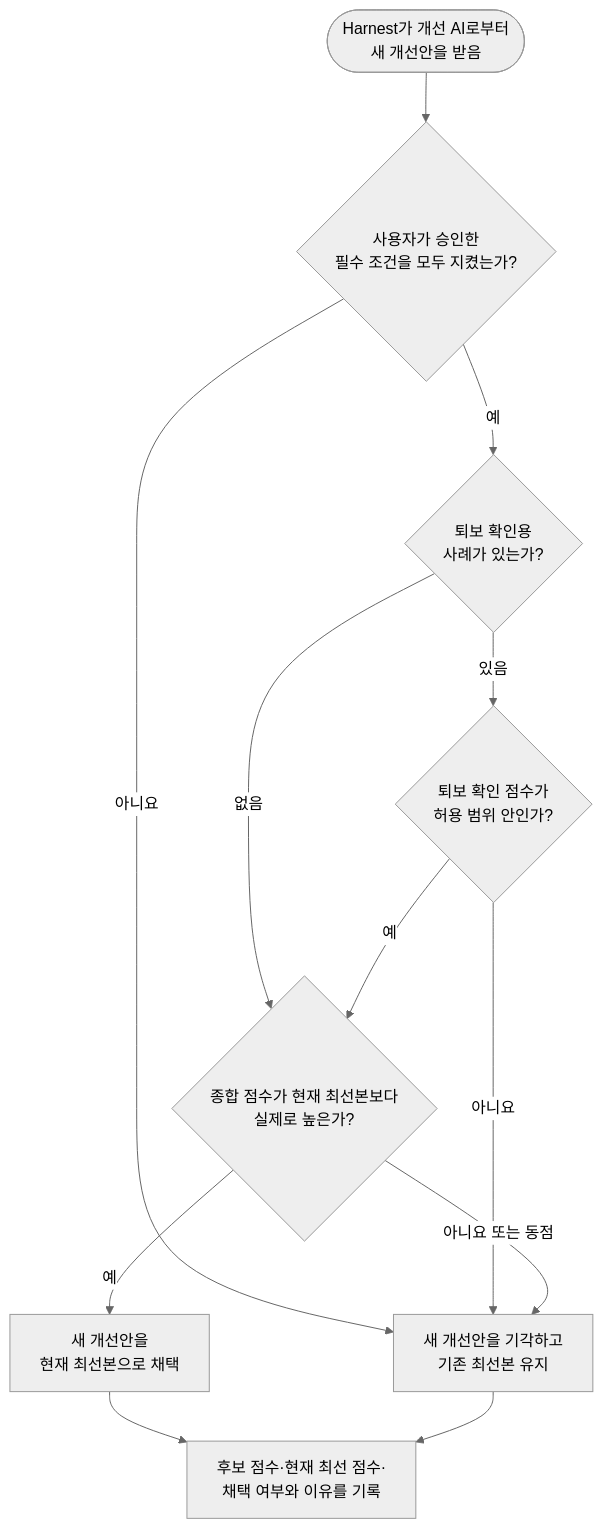
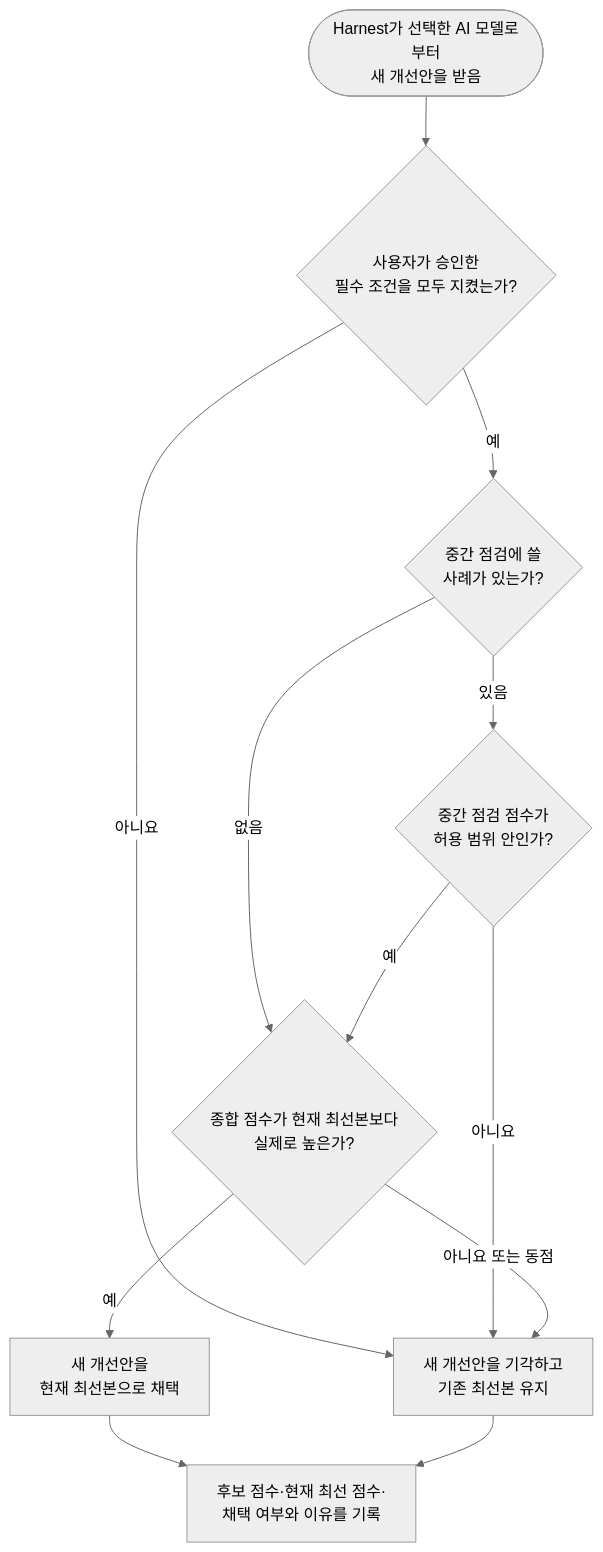
Before and after one commit to NiceTry3675/OSS_Harnest: the second of 2 diagrams in docs/user-scenario.md, drawn with Mermaid (neutral theme). The commit also changed other lines of this file and 28 other files, not shown here.

````diff
--- a/docs/user-scenario.md
+++ b/docs/user-scenario.md
@@ -205,23 +203,23 @@
 ```mermaid
 flowchart TD
-    A(["Harnest가 개선 AI로부터<br/>새 개선안을 받음"])
+    A(["Harnest가 선택한 AI 모델로부터<br/>새 개선안을 받음"])
     B{"사용자가 승인한<br/>필수 조건을 모두 지켰는가?"}
-    C{"퇴보 확인용<br/>사례가 있는가?"}
-    D{"퇴보 확인 점수가<br/>허용 범위 안인가?"}
+    C{"중간 점검에 쓸<br/>사례가 있는가?"}
+    D{"중간 점검 점수가<br/>허용 범위 안인가?"}
     E{"종합 점수가 현재 최선본보다<br/>실제로 높은가?"}
     KEEP["새 개선안을<br/>현재 최선본으로 채택"]
     REJECT["새 개선안을 기각하고<br/>기존 최선본 유지"]
     LOG["후보 점수·현재 최선 점수·<br/>채택 여부와 이유를 기록"]
 
     A --> B
     B -- "아니요" --> REJECT
     B -- "예" --> C
     C -- "없음" --> E
     C -- "있음" --> D
     D -- "아니요" --> REJECT
     D -- "예" --> E
     E -- "아니요 또는 동점" --> REJECT
     E -- "예" --> KEEP
     KEEP --> LOG
     REJECT --> LOG
 ```
````
